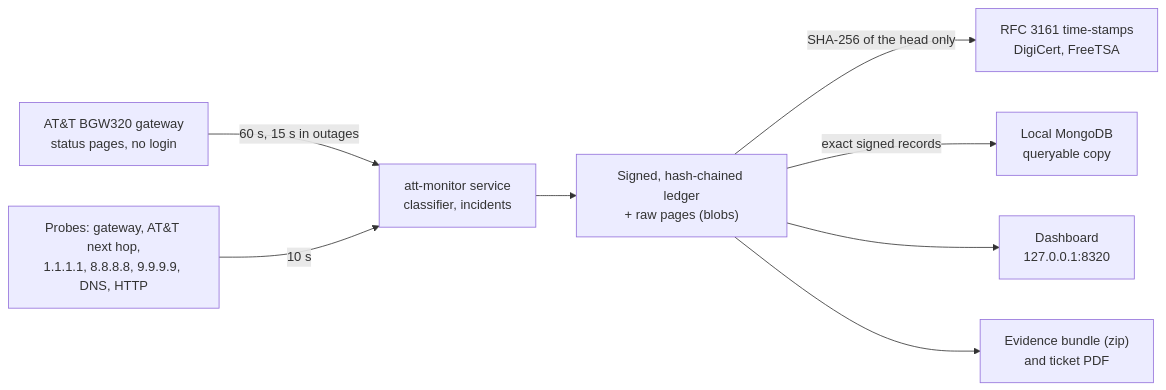
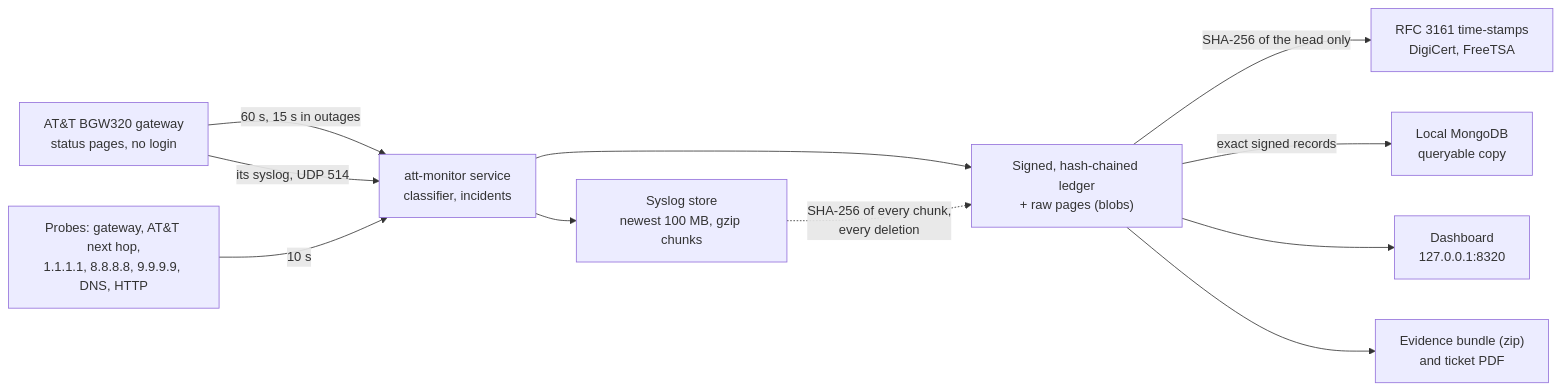
One commit to siujacky/ATT_BW320_evidence_logger changed the diagram in README.md. Above: the diagram before and after it, drawn with Mermaid. The commit also changed other lines of this file and 100 other files, not shown here.

````diff
--- a/README.md
+++ b/README.md
@@ -59,10 +69,13 @@
 ```mermaid
 flowchart LR
   GW["AT&T BGW320 gateway<br/>status pages, no login"] -->|60 s, 15 s in outages| MON
+  GW -->|its syslog, UDP 514| MON
   NET["Probes: gateway, AT&T next hop,<br/>1.1.1.1, 8.8.8.8, 9.9.9.9, DNS, HTTP"] -->|10 s| MON
   MON["att-monitor service<br/>classifier, incidents"] --> LED["Signed, hash-chained ledger<br/>+ raw pages (blobs)"]
+  MON --> SYS["Syslog store<br/>newest 100 MB, gzip chunks"]
+  SYS -.->|SHA-256 of every chunk,<br/>every deletion| LED
   LED -->|SHA-256 of the head only| TSA["RFC 3161 time-stamps<br/>DigiCert, FreeTSA"]
   LED -->|exact signed records| MDB["Local MongoDB<br/>queryable copy"]
   LED --> WEB["Dashboard<br/>127.0.0.1:8320"]
   LED --> EXP["Evidence bundle (zip)<br/>and ticket PDF"]
 ```
````
